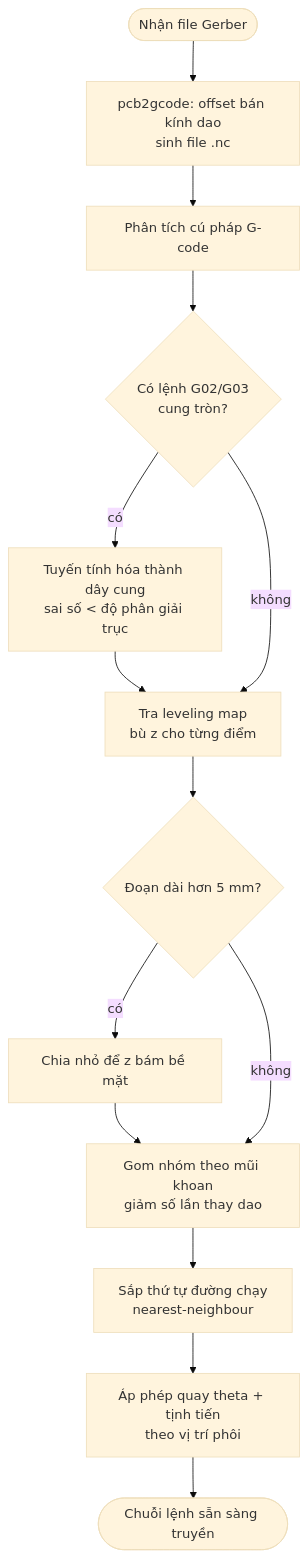
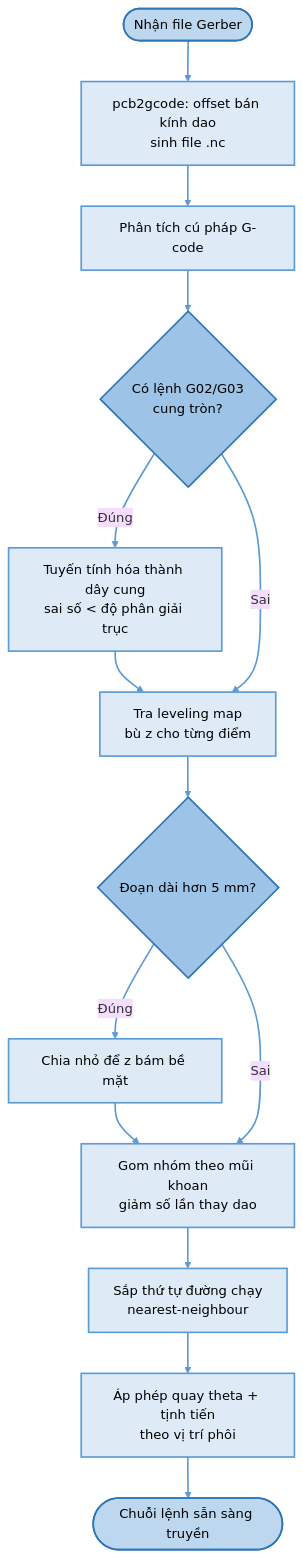
The second of 10 diagrams in docs/luu-do-giai-thuat.md (nguyentanphat1908-collab/IDE), drawn with Mermaid (base theme) before and after one commit. The commit also changed other lines of this file and 4 other files, not shown here.

````diff
--- a/docs/luu-do-giai-thuat.md
+++ b/docs/luu-do-giai-thuat.md
@@ -54,16 +72,22 @@
 ```mermaid
 flowchart TD
-    A([Nhận file Gerber]) --> B["pcb2gcode: offset bán kính dao<br/>sinh file .nc"]
-    B --> C["Phân tích cú pháp G-code"]
-    C --> D{"Có lệnh G02/G03<br/>cung tròn?"}
-    D -- có --> E["Tuyến tính hóa thành dây cung<br/>sai số < độ phân giải trục"]
+    A([Nhận file Gerber]):::term --> B["pcb2gcode: offset bán kính dao<br/>sinh file .nc"]:::proc
+    B --> C["Phân tích cú pháp G-code"]:::proc
+    C --> D{"Có lệnh G02/G03<br/>cung tròn?"}:::dec
+    D -- Đúng --> E["Tuyến tính hóa thành dây cung<br/>sai số < độ phân giải trục"]:::proc
     E --> F
-    D -- không --> F["Tra leveling map<br/>bù z cho từng điểm"]
-    F --> G{"Đoạn dài hơn 5 mm?"}
-    G -- có --> H["Chia nhỏ để z bám bề mặt"]
+    D -- Sai --> F["Tra leveling map<br/>bù z cho từng điểm"]:::proc
+    F --> G{"Đoạn dài hơn 5 mm?"}:::dec
+    G -- Đúng --> H["Chia nhỏ để z bám bề mặt"]:::proc
     H --> I
-    G -- không --> I["Gom nhóm theo mũi khoan<br/>giảm số lần thay dao"]
-    I --> J["Sắp thứ tự đường chạy<br/>nearest-neighbour"]
-    J --> K["Áp phép quay theta + tịnh tiến<br/>theo vị trí phôi"]
-    K --> L([Chuỗi lệnh sẵn sàng truyền])
+    G -- Sai --> I["Gom nhóm theo mũi khoan<br/>giảm số lần thay dao"]:::proc
+    I --> J["Sắp thứ tự đường chạy<br/>nearest-neighbour"]:::proc
+    J --> K["Áp phép quay theta + tịnh tiến<br/>theo vị trí phôi"]:::proc
+    K --> L([Chuỗi lệnh sẵn sàng truyền]):::term
+    classDef term fill:#BDD7EE,stroke:#2E75B6,stroke-width:2px,color:#000
+    classDef proc fill:#DEEBF7,stroke:#5B9BD5,stroke-width:2px,color:#000
+    classDef io   fill:#DEEBF7,stroke:#5B9BD5,stroke-width:2px,color:#000
+    classDef dec  fill:#9DC3E6,stroke:#2E75B6,stroke-width:2px,color:#000
+    classDef conn fill:#9DC3E6,stroke:#2E75B6,stroke-width:2px,color:#000
+    linkStyle default stroke:#5B9BD5,stroke-width:2px
 ```
````
